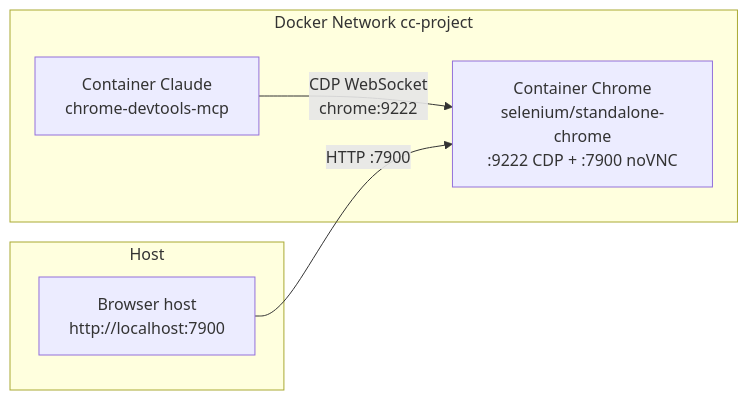
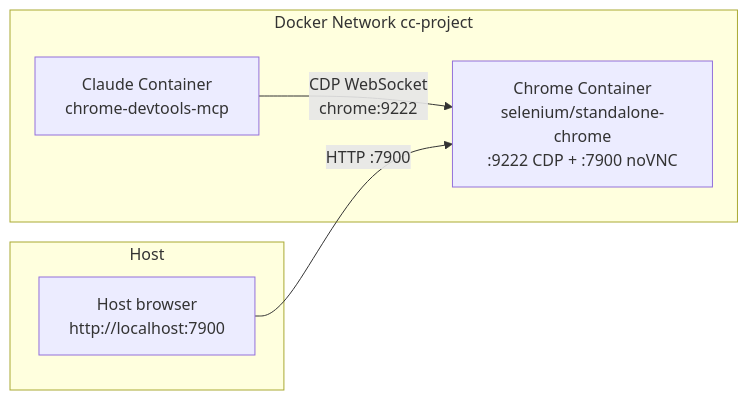
Before and after one commit to alergyonthestage/claude-orchestrator: the second of 3 diagrams in docs/maintainer/future/browser-mcp/analysis.md, drawn with Mermaid. The commit also changed other lines of this file and 18 other files, not shown here.

````diff
--- a/docs/maintainer/future/browser-mcp/analysis.md
+++ b/docs/maintainer/future/browser-mcp/analysis.md
@@ -405,14 +399,14 @@
 ```mermaid
 graph LR
     subgraph Host
-        HOST_BROWSER[Browser host<br/>http://localhost:7900]
+        HOST_BROWSER[Host browser<br/>http://localhost:7900]
     end
 
     subgraph "Docker Network cc-project"
-        CLAUDE[Container Claude<br/>chrome-devtools-mcp]
-        CHROME[Container Chrome<br/>selenium/standalone-chrome<br/>:9222 CDP + :7900 noVNC]
+        CLAUDE[Claude Container<br/>chrome-devtools-mcp]
+        CHROME[Chrome Container<br/>selenium/standalone-chrome<br/>:9222 CDP + :7900 noVNC]
     end
 
     CLAUDE -->|"CDP WebSocket<br/>chrome:9222"| CHROME
     HOST_BROWSER -->|"HTTP :7900"| CHROME
 ```
````
